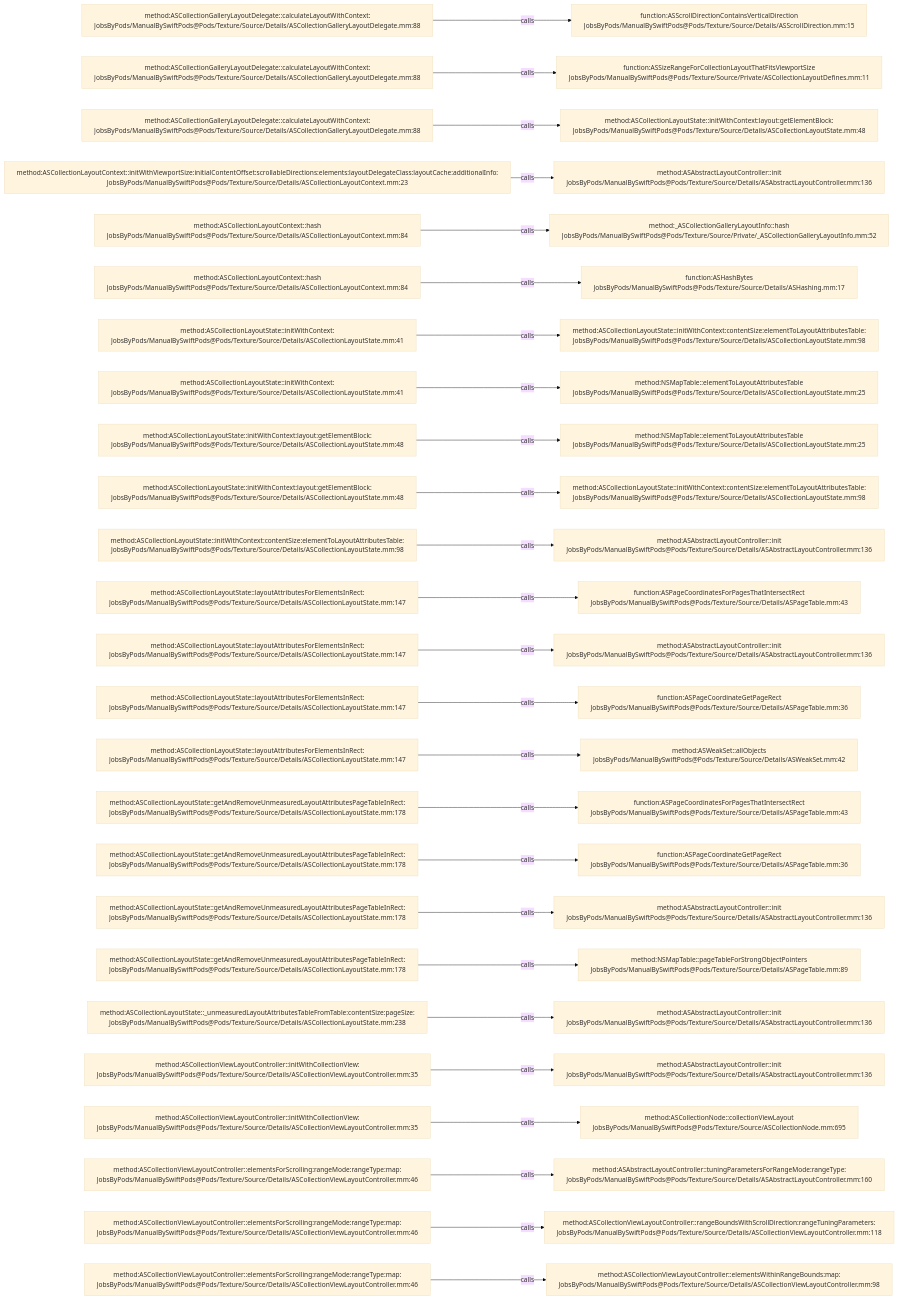
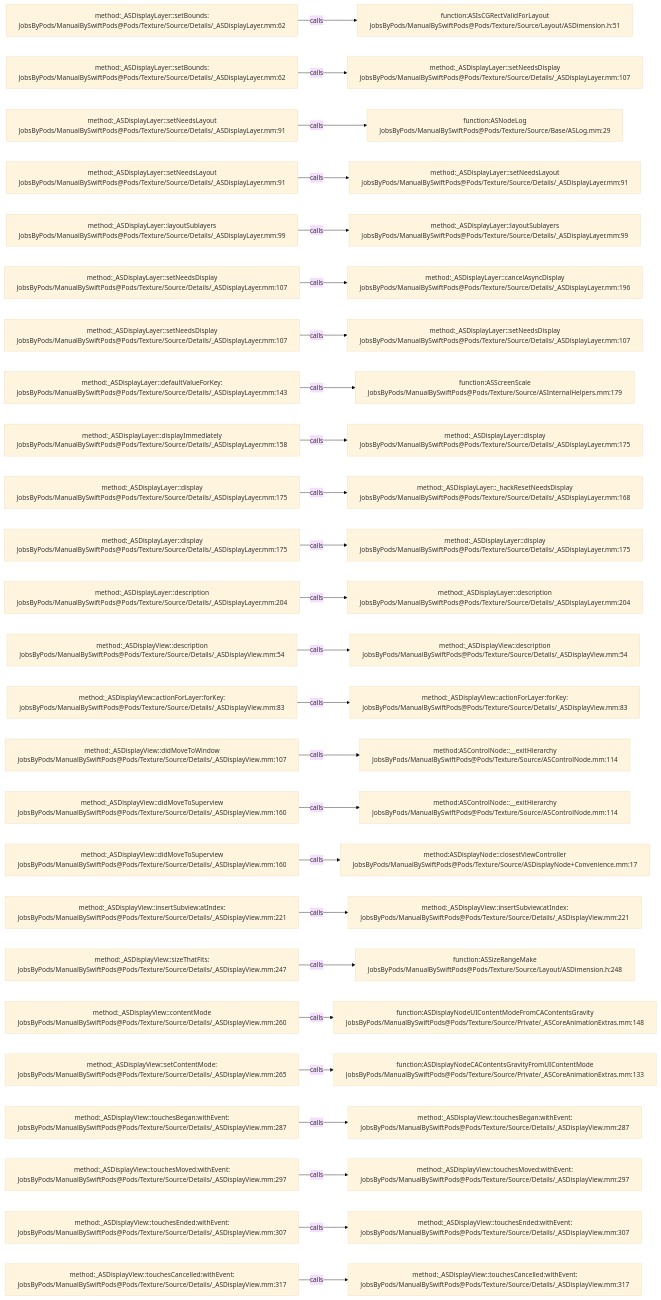
The diagram in .codegraph/codegraph.md/graphs/calls-102.md (JobsKits/JobsSwiftBaseConfigDemo), drawn with Mermaid (base theme) before and after one commit. The commit also changed 832 other files, not shown here.

````diff
--- a/.codegraph/codegraph.md/graphs/calls-102.md
+++ b/.codegraph/codegraph.md/graphs/calls-102.md
@@ -13,78 +13,78 @@
 ```mermaid
 flowchart LR
-  S1["method:ASCollectionGalleryLayoutDelegate::calculateLayoutWithContext:<br/>JobsByPods/ManualBySwiftPods@Pods/Texture/Source/Details/ASCollectionGalleryLayoutDelegate.mm:88"]
-  T1["function:ASScrollDirectionContainsVerticalDirection<br/>JobsByPods/ManualBySwiftPods@Pods/Texture/Source/Details/ASScrollDirection.mm:15"]
+  S1["method:_ASDisplayLayer::setBounds:<br/>JobsByPods/ManualBySwiftPods@Pods/Texture/Source/Details/_ASDisplayLayer.mm:62"]
+  T1["function:ASIsCGRectValidForLayout<br/>JobsByPods/ManualBySwiftPods@Pods/Texture/Source/Layout/ASDimension.h:51"]
   S1 -->|calls| T1
-  S2["method:ASCollectionGalleryLayoutDelegate::calculateLayoutWithContext:<br/>JobsByPods/ManualBySwiftPods@Pods/Texture/Source/Details/ASCollectionGalleryLayoutDelegate.mm:88"]
-  T2["function:ASSizeRangeForCollectionLayoutThatFitsViewportSize<br/>JobsByPods/ManualBySwiftPods@Pods/Texture/Source/Private/ASCollectionLayoutDefines.mm:11"]
+  S2["method:_ASDisplayLayer::setBounds:<br/>JobsByPods/ManualBySwiftPods@Pods/Texture/Source/Details/_ASDisplayLayer.mm:62"]
+  T2["method:_ASDisplayLayer::setNeedsDisplay<br/>JobsByPods/ManualBySwiftPods@Pods/Texture/Source/Details/_ASDisplayLayer.mm:107"]
   S2 -->|calls| T2
-  S3["method:ASCollectionGalleryLayoutDelegate::calculateLayoutWithContext:<br/>JobsByPods/ManualBySwiftPods@Pods/Texture/Source/Details/ASCollectionGalleryLayoutDelegate.mm:88"]
-  T3["method:ASCollectionLayoutState::initWithContext:layout:getElementBlock:<br/>JobsByPods/ManualBySwiftPods@Pods/Texture/Source/Details/ASCollectionLayoutState.mm:48"]
+  S3["method:_ASDisplayLayer::setNeedsLayout<br/>JobsByPods/ManualBySwiftPods@Pods/Texture/Source/Details/_ASDisplayLayer.mm:91"]
+  T3["function:ASNodeLog<br/>JobsByPods/ManualBySwiftPods@Pods/Texture/Source/Base/ASLog.mm:29"]
   S3 -->|calls| T3
-  S4["method:ASCollectionLayoutContext::initWithViewportSize:initialContentOffset:scrollableDirections:elements:layoutDelegateClass:layoutCache:additionalInfo:<br/>JobsByPods/ManualBySwiftPods@Pods/Texture/Source/Details/ASCollectionLayoutContext.mm:23"]
-  T4["method:ASAbstractLayoutController::init<br/>JobsByPods/ManualBySwiftPods@Pods/Texture/Source/Details/ASAbstractLayoutController.mm:136"]
+  S4["method:_ASDisplayLayer::setNeedsLayout<br/>JobsByPods/ManualBySwiftPods@Pods/Texture/Source/Details/_ASDisplayLayer.mm:91"]
+  T4["method:_ASDisplayLayer::setNeedsLayout<br/>JobsByPods/ManualBySwiftPods@Pods/Texture/Source/Details/_ASDisplayLayer.mm:91"]
   S4 -->|calls| T4
-  S5["method:ASCollectionLayoutContext::hash<br/>JobsByPods/ManualBySwiftPods@Pods/Texture/Source/Details/ASCollectionLayoutContext.mm:84"]
-  T5["method:_ASCollectionGalleryLayoutInfo::hash<br/>JobsByPods/ManualBySwiftPods@Pods/Texture/Source/Private/_ASCollectionGalleryLayoutInfo.mm:52"]
+  S5["method:_ASDisplayLayer::layoutSublayers<br/>JobsByPods/ManualBySwiftPods@Pods/Texture/Source/Details/_ASDisplayLayer.mm:99"]
+  T5["method:_ASDisplayLayer::layoutSublayers<br/>JobsByPods/ManualBySwiftPods@Pods/Texture/Source/Details/_ASDisplayLayer.mm:99"]
   S5 -->|calls| T5
-  S6["method:ASCollectionLayoutContext::hash<br/>JobsByPods/ManualBySwiftPods@Pods/Texture/Source/Details/ASCollectionLayoutContext.mm:84"]
-  T6["function:ASHashBytes<br/>JobsByPods/ManualBySwiftPods@Pods/Texture/Source/Details/ASHashing.mm:17"]
+  S6["method:_ASDisplayLayer::setNeedsDisplay<br/>JobsByPods/ManualBySwiftPods@Pods/Texture/Source/Details/_ASDisplayLayer.mm:107"]
+  T6["method:_ASDisplayLayer::cancelAsyncDisplay<br/>JobsByPods/ManualBySwiftPods@Pods/Texture/Source/Details/_ASDisplayLayer.mm:196"]
   S6 -->|calls| T6
-  S7["method:ASCollectionLayoutState::initWithContext:<br/>JobsByPods/ManualBySwiftPods@Pods/Texture/Source/Details/ASCollectionLayoutState.mm:41"]
-  T7["method:ASCollectionLayoutState::initWithContext:contentSize:elementToLayoutAttributesTable:<br/>JobsByPods/ManualBySwiftPods@Pods/Texture/Source/Details/ASCollectionLayoutState.mm:98"]
+  S7["method:_ASDisplayLayer::setNeedsDisplay<br/>JobsByPods/ManualBySwiftPods@Pods/Texture/Source/Details/_ASDisplayLayer.mm:107"]
+  T7["method:_ASDisplayLayer::setNeedsDisplay<br/>JobsByPods/ManualBySwiftPods@Pods/Texture/Source/Details/_ASDisplayLayer.mm:107"]
   S7 -->|calls| T7
-  S8["method:ASCollectionLayoutState::initWithContext:<br/>JobsByPods/ManualBySwiftPods@Pods/Texture/Source/Details/ASCollectionLayoutState.mm:41"]
-  T8["method:NSMapTable::elementToLayoutAttributesTable<br/>JobsByPods/ManualBySwiftPods@Pods/Texture/Source/Details/ASCollectionLayoutState.mm:25"]
+  S8["method:_ASDisplayLayer::defaultValueForKey:<br/>JobsByPods/ManualBySwiftPods@Pods/Texture/Source/Details/_ASDisplayLayer.mm:143"]
+  T8["function:ASScreenScale<br/>JobsByPods/ManualBySwiftPods@Pods/Texture/Source/ASInternalHelpers.mm:179"]
   S8 -->|calls| T8
-  S9["method:ASCollectionLayoutState::initWithContext:layout:getElementBlock:<br/>JobsByPods/ManualBySwiftPods@Pods/Texture/Source/Details/ASCollectionLayoutState.mm:48"]
-  T9["method:NSMapTable::elementToLayoutAttributesTable<br/>JobsByPods/ManualBySwiftPods@Pods/Texture/Source/Details/ASCollectionLayoutState.mm:25"]
+  S9["method:_ASDisplayLayer::displayImmediately<br/>JobsByPods/ManualBySwiftPods@Pods/Texture/Source/Details/_ASDisplayLayer.mm:158"]
+  T9["method:_ASDisplayLayer::display<br/>JobsByPods/ManualBySwiftPods@Pods/Texture/Source/Details/_ASDisplayLayer.mm:175"]
   S9 -->|calls| T9
-  S10["method:ASCollectionLayoutState::initWithContext:layout:getElementBlock:<br/>JobsByPods/ManualBySwiftPods@Pods/Texture/Source/Details/ASCollectionLayoutState.mm:48"]
-  T10["method:ASCollectionLayoutState::initWithContext:contentSize:elementToLayoutAttributesTable:<br/>JobsByPods/ManualBySwiftPods@Pods/Texture/Source/Details/ASCollectionLayoutState.mm:98"]
+  S10["method:_ASDisplayLayer::display<br/>JobsByPods/ManualBySwiftPods@Pods/Texture/Source/Details/_ASDisplayLayer.mm:175"]
+  T10["method:_ASDisplayLayer::_hackResetNeedsDisplay<br/>JobsByPods/ManualBySwiftPods@Pods/Texture/Source/Details/_ASDisplayLayer.mm:168"]
   S10 -->|calls| T10
-  S11["method:ASCollectionLayoutState::initWithContext:contentSize:elementToLayoutAttributesTable:<br/>JobsByPods/ManualBySwiftPods@Pods/Texture/Source/Details/ASCollectionLayoutState.mm:98"]
-  T11["method:ASAbstractLayoutController::init<br/>JobsByPods/ManualBySwiftPods@Pods/Texture/Source/Details/ASAbstractLayoutController.mm:136"]
+  S11["method:_ASDisplayLayer::display<br/>JobsByPods/ManualBySwiftPods@Pods/Texture/Source/Details/_ASDisplayLayer.mm:175"]
+  T11["method:_ASDisplayLayer::display<br/>JobsByPods/ManualBySwiftPods@Pods/Texture/Source/Details/_ASDisplayLayer.mm:175"]
   S11 -->|calls| T11
-  S12["method:ASCollectionLayoutState::layoutAttributesForElementsInRect:<br/>JobsByPods/ManualBySwiftPods@Pods/Texture/Source/Details/ASCollectionLayoutState.mm:147"]
-  T12["function:ASPageCoordinatesForPagesThatIntersectRect<br/>JobsByPods/ManualBySwiftPods@Pods/Texture/Source/Details/ASPageTable.mm:43"]
+  S12["method:_ASDisplayLayer::description<br/>JobsByPods/ManualBySwiftPods@Pods/Texture/Source/Details/_ASDisplayLayer.mm:204"]
+  T12["method:_ASDisplayLayer::description<br/>JobsByPods/ManualBySwiftPods@Pods/Texture/Source/Details/_ASDisplayLayer.mm:204"]
   S12 -->|calls| T12
-  S13["method:ASCollectionLayoutState::layoutAttributesForElementsInRect:<br/>JobsByPods/ManualBySwiftPods@Pods/Texture/Source/Details/ASCollectionLayoutState.mm:147"]
-  T13["method:ASAbstractLayoutController::init<br/>JobsByPods/ManualBySwiftPods@Pods/Texture/Source/Details/ASAbstractLayoutController.mm:136"]
+  S13["method:_ASDisplayView::description<br/>JobsByPods/ManualBySwiftPods@Pods/Texture/Source/Details/_ASDisplayView.mm:54"]
+  T13["method:_ASDisplayView::description<br/>JobsByPods/ManualBySwiftPods@Pods/Texture/Source/Details/_ASDisplayView.mm:54"]
   S13 -->|calls| T13
-  S14["method:ASCollectionLayoutState::layoutAttributesForElementsInRect:<br/>JobsByPods/ManualBySwiftPods@Pods/Texture/Source/Details/ASCollectionLayoutState.mm:147"]
-  T14["function:ASPageCoordinateGetPageRect<br/>JobsByPods/ManualBySwiftPods@Pods/Texture/Source/Details/ASPageTable.mm:36"]
+  S14["method:_ASDisplayView::actionForLayer:forKey:<br/>JobsByPods/ManualBySwiftPods@Pods/Texture/Source/Details/_ASDisplayView.mm:83"]
+  T14["method:_ASDisplayView::actionForLayer:forKey:<br/>JobsByPods/ManualBySwiftPods@Pods/Texture/Source/Details/_ASDisplayView.mm:83"]
   S14 -->|calls| T14
-  S15["method:ASCollectionLayoutState::layoutAttributesForElementsInRect:<br/>JobsByPods/ManualBySwiftPods@Pods/Texture/Source/Details/ASCollectionLayoutState.mm:147"]
-  T15["method:ASWeakSet::allObjects<br/>JobsByPods/ManualBySwiftPods@Pods/Texture/Source/Details/ASWeakSet.mm:42"]
+  S15["method:_ASDisplayView::didMoveToWindow<br/>JobsByPods/ManualBySwiftPods@Pods/Texture/Source/Details/_ASDisplayView.mm:107"]
+  T15["method:ASControlNode::__exitHierarchy<br/>JobsByPods/ManualBySwiftPods@Pods/Texture/Source/ASControlNode.mm:114"]
   S15 -->|calls| T15
-  S16["method:ASCollectionLayoutState::getAndRemoveUnmeasuredLayoutAttributesPageTableInRect:<br/>JobsByPods/ManualBySwiftPods@Pods/Texture/Source/Details/ASCollectionLayoutState.mm:178"]
-  T16["function:ASPageCoordinatesForPagesThatIntersectRect<br/>JobsByPods/ManualBySwiftPods@Pods/Texture/Source/Details/ASPageTable.mm:43"]
+  S16["method:_ASDisplayView::didMoveToSuperview<br/>JobsByPods/ManualBySwiftPods@Pods/Texture/Source/Details/_ASDisplayView.mm:160"]
+  T16["method:ASControlNode::__exitHierarchy<br/>JobsByPods/ManualBySwiftPods@Pods/Texture/Source/ASControlNode.mm:114"]
   S16 -->|calls| T16
-  S17["method:ASCollectionLayoutState::getAndRemoveUnmeasuredLayoutAttributesPageTableInRect:<br/>JobsByPods/ManualBySwiftPods@Pods/Texture/Source/Details/ASCollectionLayoutState.mm:178"]
-  T17["function:ASPageCoordinateGetPageRect<br/>JobsByPods/ManualBySwiftPods@Pods/Texture/Source/Details/ASPageTable.mm:36"]
+  S17["method:_ASDisplayView::didMoveToSuperview<br/>JobsByPods/ManualBySwiftPods@Pods/Texture/Source/Details/_ASDisplayView.mm:160"]
+  T17["method:ASDisplayNode::closestViewController<br/>JobsByPods/ManualBySwiftPods@Pods/Texture/Source/ASDisplayNode+Convenience.mm:17"]
   S17 -->|calls| T17
-  S18["method:ASCollectionLayoutState::getAndRemoveUnmeasuredLayoutAttributesPageTableInRect:<br/>JobsByPods/ManualBySwiftPods@Pods/Texture/Source/Details/ASCollectionLayoutState.mm:178"]
-  T18["method:ASAbstractLayoutController::init<br/>JobsByPods/ManualBySwiftPods@Pods/Texture/Source/Details/ASAbstractLayoutController.mm:136"]
+  S18["method:_ASDisplayView::insertSubview:atIndex:<br/>JobsByPods/ManualBySwiftPods@Pods/Texture/Source/Details/_ASDisplayView.mm:221"]
+  T18["method:_ASDisplayView::insertSubview:atIndex:<br/>JobsByPods/ManualBySwiftPods@Pods/Texture/Source/Details/_ASDisplayView.mm:221"]
   S18 -->|calls| T18
-  S19["method:ASCollectionLayoutState::getAndRemoveUnmeasuredLayoutAttributesPageTableInRect:<br/>JobsByPods/ManualBySwiftPods@Pods/Texture/Source/Details/ASCollectionLayoutState.mm:178"]
-  T19["method:NSMapTable::pageTableForStrongObjectPointers<br/>JobsByPods/ManualBySwiftPods@Pods/Texture/Source/Details/ASPageTable.mm:89"]
+  S19["method:_ASDisplayView::sizeThatFits:<br/>JobsByPods/ManualBySwiftPods@Pods/Texture/Source/Details/_ASDisplayView.mm:247"]
+  T19["function:ASSizeRangeMake<br/>JobsByPods/ManualBySwiftPods@Pods/Texture/Source/Layout/ASDimension.h:248"]
   S19 -->|calls| T19
-  S20["method:ASCollectionLayoutState::_unmeasuredLayoutAttributesTableFromTable:contentSize:pageSize:<br/>JobsByPods/ManualBySwiftPods@Pods/Texture/Source/Details/ASCollectionLayoutState.mm:238"]
-  T20["method:ASAbstractLayoutController::init<br/>JobsByPods/ManualBySwiftPods@Pods/Texture/Source/Details/ASAbstractLayoutController.mm:136"]
+  S20["method:_ASDisplayView::contentMode<br/>JobsByPods/ManualBySwiftPods@Pods/Texture/Source/Details/_ASDisplayView.mm:260"]
+  T20["function:ASDisplayNodeUIContentModeFromCAContentsGravity<br/>JobsByPods/ManualBySwiftPods@Pods/Texture/Source/Private/_ASCoreAnimationExtras.mm:148"]
   S20 -->|calls| T20
-  S21["method:ASCollectionViewLayoutController::initWithCollectionView:<br/>JobsByPods/ManualBySwiftPods@Pods/Texture/Source/Details/ASCollectionViewLayoutController.mm:35"]
-  T21["method:ASAbstractLayoutController::init<br/>JobsByPods/ManualBySwiftPods@Pods/Texture/Source/Details/ASAbstractLayoutController.mm:136"]
+  S21["method:_ASDisplayView::setContentMode:<br/>JobsByPods/ManualBySwiftPods@Pods/Texture/Source/Details/_ASDisplayView.mm:265"]
+  T21["function:ASDisplayNodeCAContentsGravityFromUIContentMode<br/>JobsByPods/ManualBySwiftPods@Pods/Texture/Source/Private/_ASCoreAnimationExtras.mm:133"]
   S21 -->|calls| T21
-  S22["method:ASCollectionViewLayoutController::initWithCollectionView:<br/>JobsByPods/ManualBySwiftPods@Pods/Texture/Source/Details/ASCollectionViewLayoutController.mm:35"]
-  T22["method:ASCollectionNode::collectionViewLayout<br/>JobsByPods/ManualBySwiftPods@Pods/Texture/Source/ASCollectionNode.mm:695"]
+  S22["method:_ASDisplayView::touchesBegan:withEvent:<br/>JobsByPods/ManualBySwiftPods@Pods/Texture/Source/Details/_ASDisplayView.mm:287"]
+  T22["method:_ASDisplayView::touchesBegan:withEvent:<br/>JobsByPods/ManualBySwiftPods@Pods/Texture/Source/Details/_ASDisplayView.mm:287"]
   S22 -->|calls| T22
-  S23["method:ASCollectionViewLayoutController::elementsForScrolling:rangeMode:rangeType:map:<br/>JobsByPods/ManualBySwiftPods@Pods/Texture/Source/Details/ASCollectionViewLayoutController.mm:46"]
-  T23["method:ASAbstractLayoutController::tuningParametersForRangeMode:rangeType:<br/>JobsByPods/ManualBySwiftPods@Pods/Texture/Source/Details/ASAbstractLayoutController.mm:160"]
+  S23["method:_ASDisplayView::touchesMoved:withEvent:<br/>JobsByPods/ManualBySwiftPods@Pods/Texture/Source/Details/_ASDisplayView.mm:297"]
+  T23["method:_ASDisplayView::touchesMoved:withEvent:<br/>JobsByPods/ManualBySwiftPods@Pods/Texture/Source/Details/_ASDisplayView.mm:297"]
   S23 -->|calls| T23
-  S24["method:ASCollectionViewLayoutController::elementsForScrolling:rangeMode:rangeType:map:<br/>JobsByPods/ManualBySwiftPods@Pods/Texture/Source/Details/ASCollectionViewLayoutController.mm:46"]
-  T24["method:ASCollectionViewLayoutController::rangeBoundsWithScrollDirection:rangeTuningParameters:<br/>JobsByPods/ManualBySwiftPods@Pods/Texture/Source/Details/ASCollectionViewLayoutController.mm:118"]
+  S24["method:_ASDisplayView::touchesEnded:withEvent:<br/>JobsByPods/ManualBySwiftPods@Pods/Texture/Source/Details/_ASDisplayView.mm:307"]
+  T24["method:_ASDisplayView::touchesEnded:withEvent:<br/>JobsByPods/ManualBySwiftPods@Pods/Texture/Source/Details/_ASDisplayView.mm:307"]
   S24 -->|calls| T24
-  S25["method:ASCollectionViewLayoutController::elementsForScrolling:rangeMode:rangeType:map:<br/>JobsByPods/ManualBySwiftPods@Pods/Texture/Source/Details/ASCollectionViewLayoutController.mm:46"]
-  T25["method:ASCollectionViewLayoutController::elementsWithinRangeBounds:map:<br/>JobsByPods/ManualBySwiftPods@Pods/Texture/Source/Details/ASCollectionViewLayoutController.mm:98"]
+  S25["method:_ASDisplayView::touchesCancelled:withEvent:<br/>JobsByPods/ManualBySwiftPods@Pods/Texture/Source/Details/_ASDisplayView.mm:317"]
+  T25["method:_ASDisplayView::touchesCancelled:withEvent:<br/>JobsByPods/ManualBySwiftPods@Pods/Texture/Source/Details/_ASDisplayView.mm:317"]
   S25 -->|calls| T25
 ```
````
